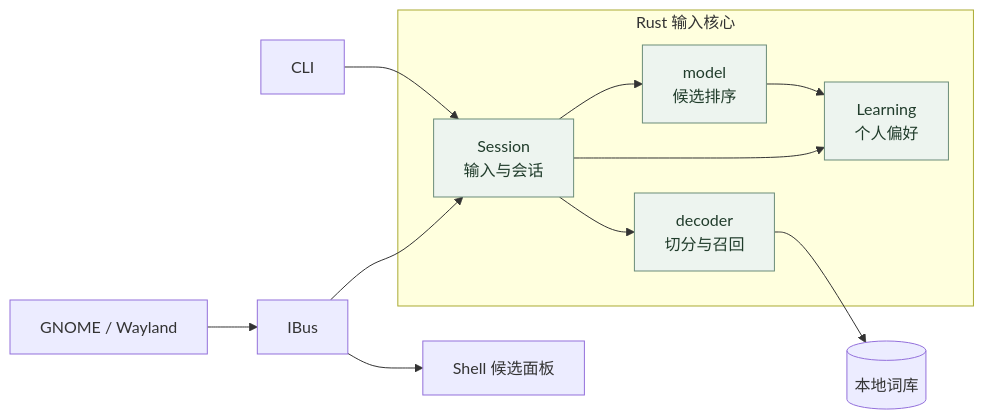
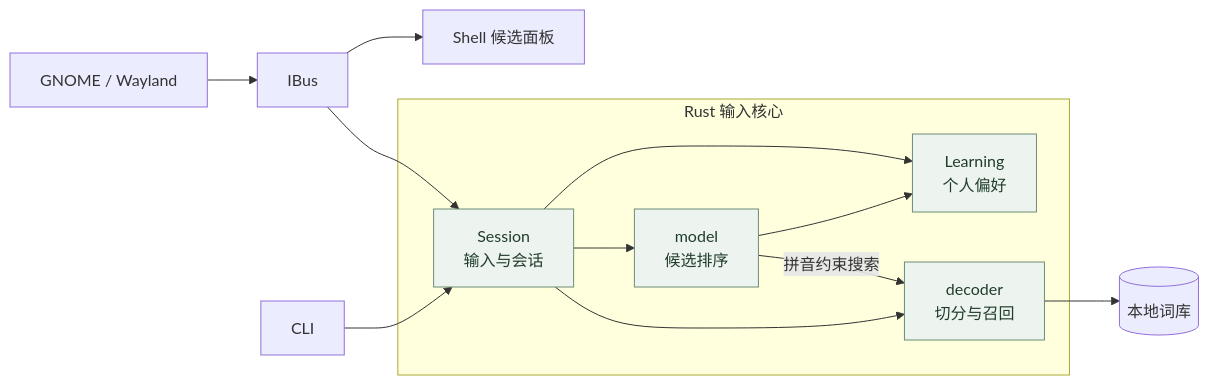
Before and after one commit to NEX-S/yanliu: the first of 3 diagrams in README.md, drawn with Mermaid. The commit also changed other lines of this file and 39 other files, not shown here.

````diff
--- a/README.md
+++ b/README.md
@@ -116,18 +118,19 @@
 ```mermaid
 flowchart LR
     App["GNOME / Wayland"] --> IBus["IBus"]
     IBus --> Session
     IBus --> Panel["Shell 候选面板"]
     CLI["CLI"] --> Session
 
     subgraph Core["Rust 输入核心"]
         Session["Session<br/>输入与会话"] --> Decoder["decoder<br/>切分与召回"]
         Session --> Model["model<br/>候选排序"]
+        Model -->|拼音约束搜索| Decoder
         Session --> Learning["Learning<br/>个人偏好"]
         Model --> Learning
     end
 
     Decoder --> Dictionary[("本地词库")]
     classDef core fill:#edf4ef,stroke:#6b8c79,color:#203c2b
     class Session,Decoder,Model,Learning core
 ```
````
